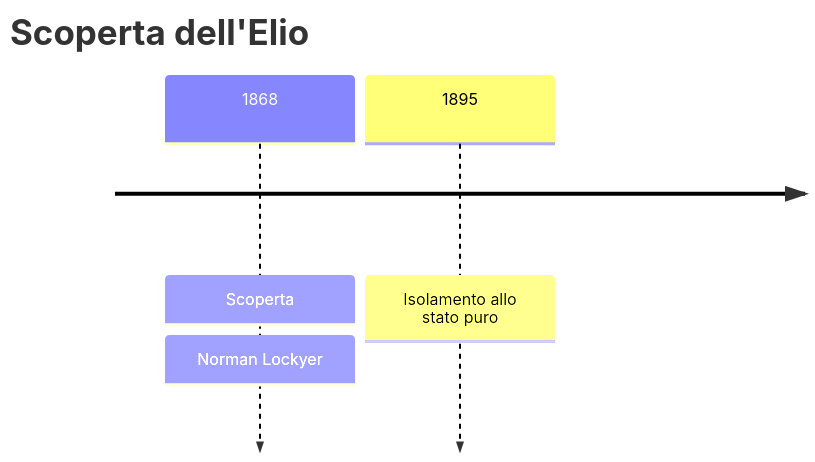
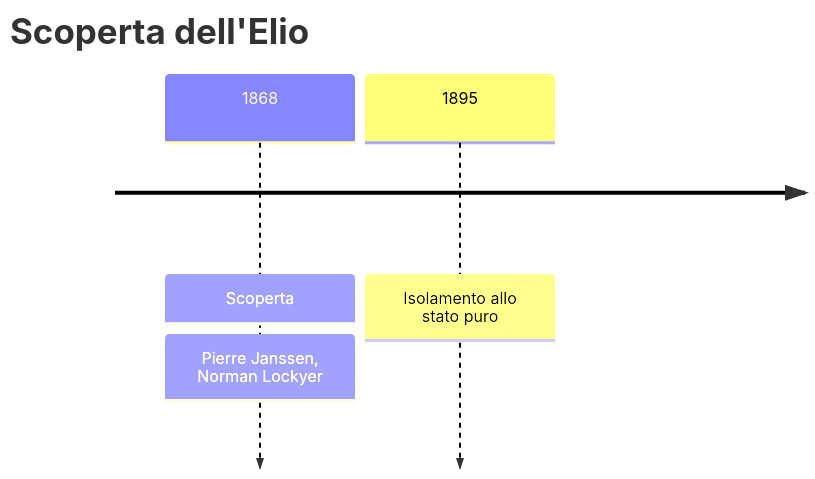
The first of 2 diagrams in vault/Elementi/Elio.md (gianlucaciarcelluti/elements-caos), drawn with Mermaid before and after one commit. The commit also changed other lines of this file and 9 other files, not shown here.

````diff
--- a/vault/Elementi/Elio.md
+++ b/vault/Elementi/Elio.md
@@ -28,6 +28,6 @@
 ```mermaid
 timeline
     title Scoperta dell'Elio
-    1868 : Scoperta : Norman Lockyer
+    1868 : Scoperta : Pierre Janssen, Norman Lockyer
     1895 : Isolamento allo stato puro
 ```
````
